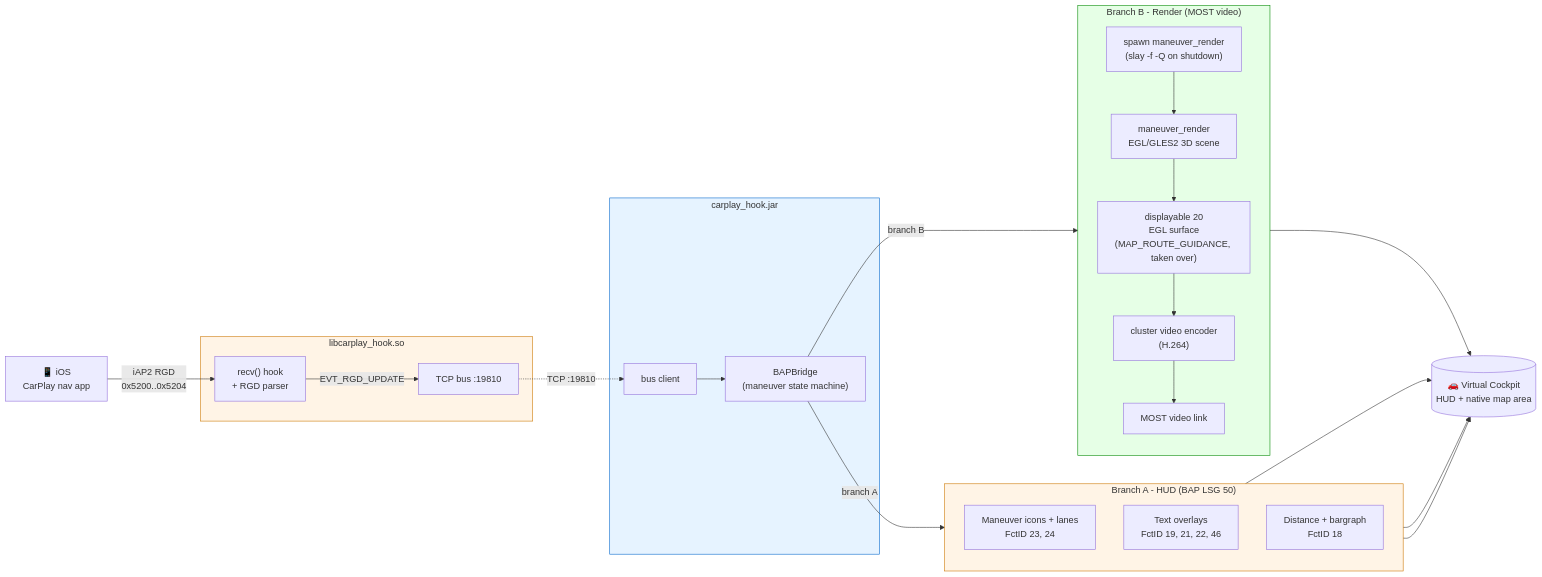
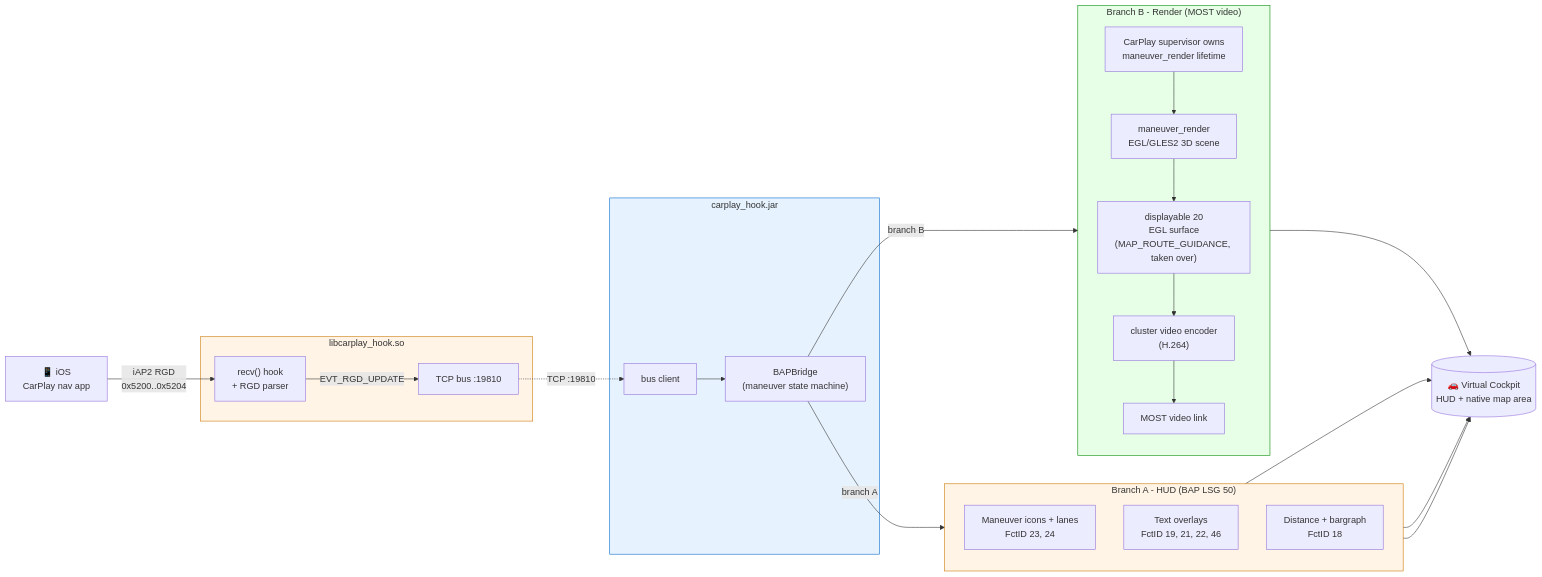
Before and after one commit to luka-dev/mib2q-carplay-rgi: the first of 9 diagrams in README.md, drawn with Mermaid. The commit also changed other lines of this file and 93 other files, not shown here.

````diff
--- a/README.md
+++ b/README.md
@@ -88,51 +88,51 @@
 ```mermaid
 flowchart LR
     iOS["📱 iOS<br/>CarPlay nav app"]
 
     subgraph hook["libcarplay_hook.so"]
         recv["recv() hook<br/>+ RGD parser"]
         bus["TCP bus :19810"]
         recv -->|"EVT_RGD_UPDATE"| bus
     end
 
     subgraph jar["carplay_hook.jar"]
         bus_cli["bus client"]
         bridge["BAPBridge<br/>(maneuver state machine)"]
         bus_cli --> bridge
     end
 
     iOS -->|"iAP2 RGD<br/>0x5200..0x5204"| recv
     bus -.->|"TCP :19810"| bus_cli
 
     bridge -->|"branch A"| hud_path
     bridge -->|"branch B"| render_path
 
     subgraph hud_path["Branch A - HUD (BAP LSG 50)"]
         direction TB
         hud_icons["Maneuver icons + lanes<br/>FctID 23, 24"]
         hud_text["Text overlays<br/>FctID 19, 21, 22, 46"]
         hud_dist["Distance + bargraph<br/>FctID 18"]
     end
 
     subgraph render_path["Branch B - Render (MOST video)"]
         direction TB
-        spawn["spawn maneuver_render<br/>(slay -f -Q on shutdown)"]
+        spawn["CarPlay supervisor owns<br/>maneuver_render lifetime"]
         rend["maneuver_render<br/>EGL/GLES2 3D scene"]
         surf["displayable 20<br/>EGL surface<br/>(MAP_ROUTE_GUIDANCE, taken over)"]
         enc["cluster video encoder<br/>(H.264)"]
         most["MOST video link"]
         spawn --> rend --> surf --> enc --> most
     end
 
     hud_icons --> vc
     hud_text --> vc
     hud_dist --> vc
     most --> vc
 
     vc[("🚗 Virtual Cockpit<br/>HUD + native map area")]
 
     style hook fill:#fff4e6,stroke:#cc7700
     style jar fill:#e6f3ff,stroke:#0066cc
     style hud_path fill:#fff4e6,stroke:#cc7700
     style render_path fill:#e6ffe6,stroke:#008800
 ```
````
